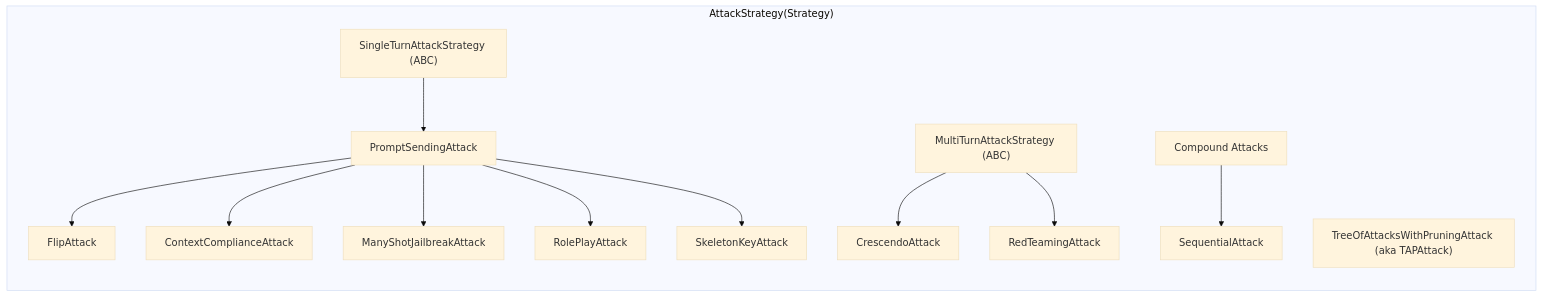
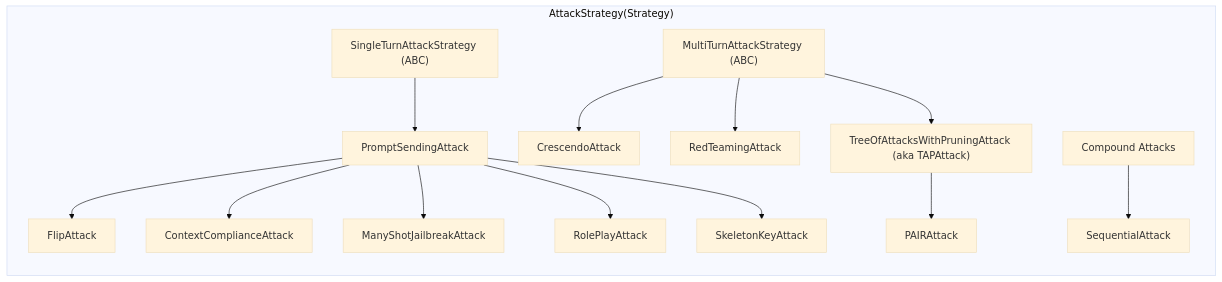
One commit to riedgar-ms/PyRIT changed the second of 5 diagrams in doc/code/executor/attack/0_attack.md. Above: the diagram before and after it, drawn with Mermaid (base theme). The commit also changed 8 other files, not shown here.

Commit message:
FEAT: Add PAIRAttack as a TAP alias with PAIR-definitional defaults pinned (#1822)

````diff
--- a/doc/code/executor/attack/0_attack.md
+++ b/doc/code/executor/attack/0_attack.md
@@ -36,29 +36,32 @@
 ```{mermaid}
 flowchart LR
     subgraph AttackStrategy["AttackStrategy(Strategy)"]
         S_psa1["FlipAttack"]
         S_psa2["ContextComplianceAttack"]
         S_psa3["ManyShotJailbreakAttack"]
         S_psa4["RolePlayAttack"]
         S_psa5["SkeletonKeyAttack"]
         S_psa["PromptSendingAttack"]
         S_single["SingleTurnAttackStrategy (ABC)"]
         S_c["CrescendoAttack"]
         S_r["RedTeamingAttack"]
         s_t["TreeOfAttacksWithPruningAttack (aka TAPAttack)"]
+        s_pair["PAIRAttack"]
         S_multi["MultiTurnAttackStrategy (ABC)"]
         S_seq["SequentialAttack"]
         S_compound["Compound Attacks"]
     end
 
     S_psa --> S_psa1
     S_psa --> S_psa2
     S_psa --> S_psa3
     S_psa --> S_psa4
     S_psa --> S_psa5
     S_single --> S_psa
     S_multi --> S_c
     S_multi --> S_r
+    S_multi --> s_t
+    s_t --> s_pair
     S_compound --> S_seq
 
 ```
````
